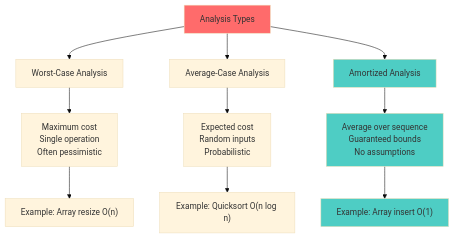
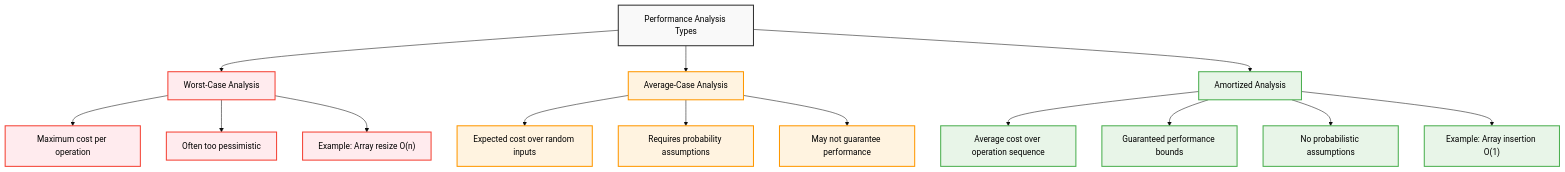
Before and after one commit to AbhishekGiri04/Algorithmics-Foundations: the first of 13 diagrams in concepts/amortized-analysis.md, drawn with Mermaid (base theme). The commit also changed other lines of this file, not shown here.

Commit message:
Complete amortized analysis guide with professional diagrams and comprehensive coverage

````diff
--- a/concepts/amortized-analysis.md
+++ b/concepts/amortized-analysis.md
@@ -57,19 +41,27 @@
 ```mermaid
 flowchart TD
-    A["Analysis Types"] --> B["Worst-Case Analysis"]
+    A["Performance Analysis Types"] --> B["Worst-Case Analysis"]
     A --> C["Average-Case Analysis"]
     A --> D["Amortized Analysis"]
     
-    B --> E["Maximum cost<br/>Single operation<br/>Often pessimistic"]
-    C --> F["Expected cost<br/>Random inputs<br/>Probabilistic"]
-    D --> G["Average over sequence<br/>Guaranteed bounds<br/>No assumptions"]
+    B --> E["Maximum cost per operation"]
+    B --> F["Often too pessimistic"]
+    B --> G["Example: Array resize O(n)"]
     
-    E --> H["Example: Array resize O(n)"]
-    F --> I["Example: Quicksort O(n log n)"]
-    G --> J["Example: Array insert O(1)"]
+    C --> H["Expected cost over random inputs"]
+    C --> I["Requires probability assumptions"]
+    C --> J["May not guarantee performance"]
     
-    style A fill:#ff6b6b
-    style D fill:#4ecdc4
-    style G fill:#4ecdc4
-    style J fill:#4ecdc4
+    D --> K["Average cost over operation sequence"]
+    D --> L["Guaranteed performance bounds"]
+    D --> M["No probabilistic assumptions"]
+    D --> N["Example: Array insertion O(1)"]
+    
+    classDef default fill:#f9f9f9,stroke:#333,stroke-width:2px,color:#000
+    classDef worstCase fill:#ffebee,stroke:#f44336,stroke-width:2px,color:#000
+    classDef averageCase fill:#fff3e0,stroke:#ff9800,stroke-width:2px,color:#000
+    classDef amortized fill:#e8f5e8,stroke:#4caf50,stroke-width:2px,color:#000
+    class B,E,F,G worstCase
+    class C,H,I,J averageCase
+    class D,K,L,M,N amortized
 ```
````
